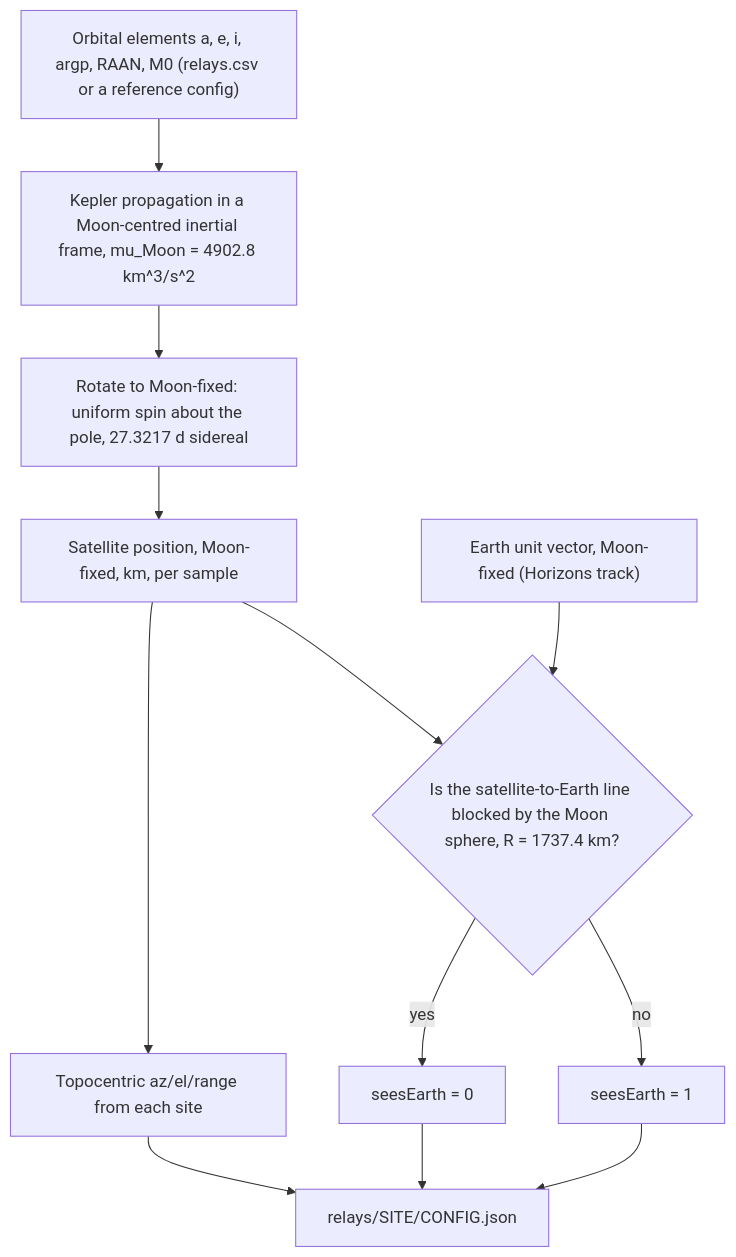
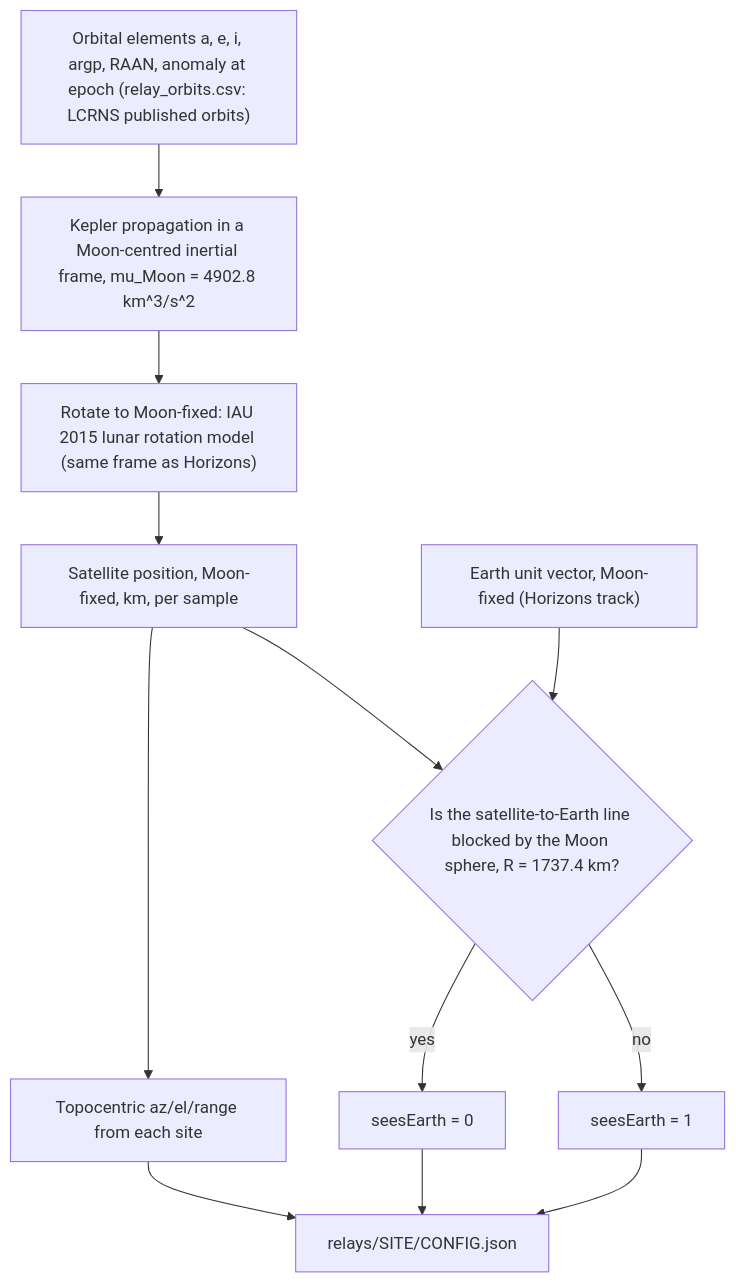
One commit to Vathys/space-apps-2026 changed the third of 6 diagrams in docs/architecture.md. Above: the diagram before and after it, drawn with Mermaid. The commit also changed other lines of this file and 10 other files, not shown here.

Commit message:
chore(docs): Artemis Accords relays, LCRNS P0 orbits, P0 site and mask plan (D-18 to D-20)

````diff
--- a/docs/architecture.md
+++ b/docs/architecture.md
@@ -75,14 +75,14 @@
 ```mermaid
 flowchart TB
-  EL["Orbital elements a, e, i, argp, RAAN, M0 (relays.csv or a reference config)"] --> KEP["Kepler propagation in a Moon-centred inertial frame, mu_Moon = 4902.8 km^3/s^2"]
-  KEP --> ROT["Rotate to Moon-fixed: uniform spin about the pole, 27.3217 d sidereal"]
+  EL["Orbital elements a, e, i, argp, RAAN, anomaly at epoch (relay_orbits.csv: LCRNS published orbits)"] --> KEP["Kepler propagation in a Moon-centred inertial frame, mu_Moon = 4902.8 km^3/s^2"]
+  KEP --> ROT["Rotate to Moon-fixed: IAU 2015 lunar rotation model (same frame as Horizons)"]
   ROT --> SATP["Satellite position, Moon-fixed, km, per sample"]
   EV["Earth unit vector, Moon-fixed (Horizons track)"] --> OCC
   SATP --> OCC{"Is the satellite-to-Earth line blocked by the Moon sphere, R = 1737.4 km?"}
   OCC -->|"no"| SE1["seesEarth = 1"]
   OCC -->|"yes"| SE0["seesEarth = 0"]
   SATP --> TOPO["Topocentric az/el/range from each site"]
   TOPO --> FILE["relays/SITE/CONFIG.json"]
   SE1 --> FILE
   SE0 --> FILE
 ```
````
